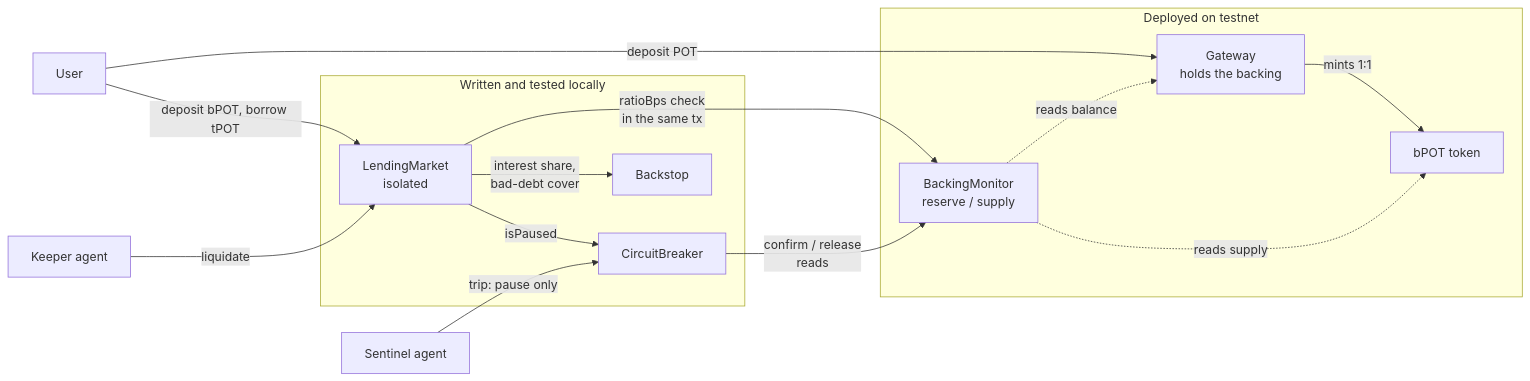
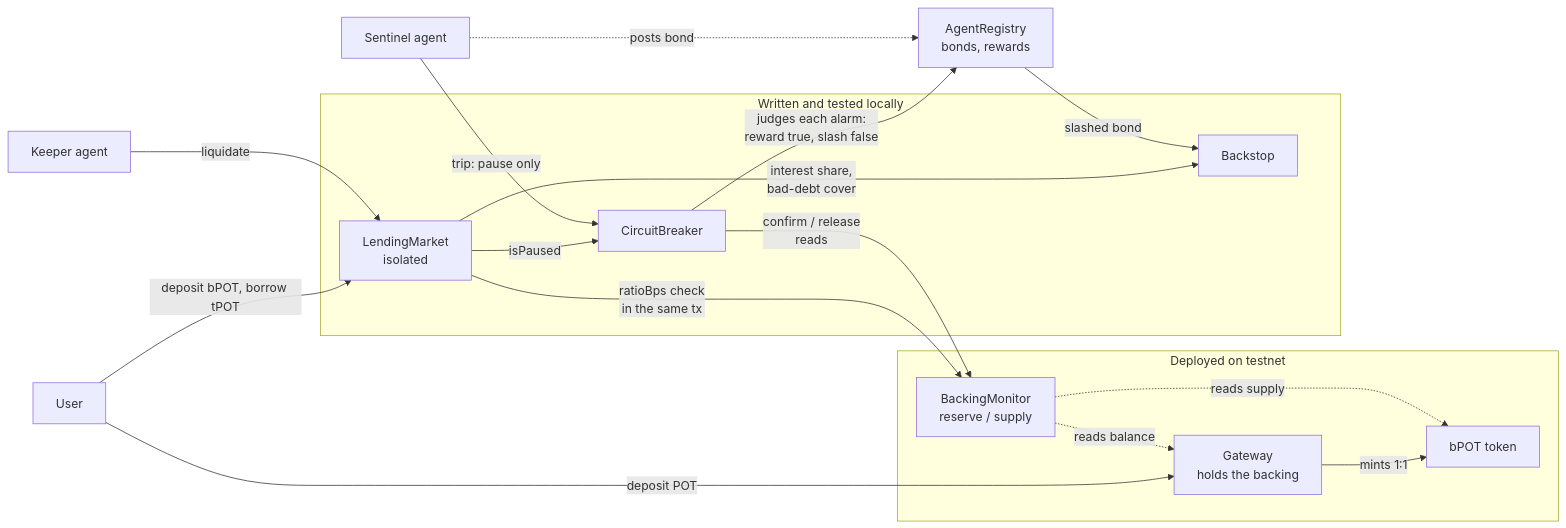
The first of 3 diagrams in README.md (Rohitamalraj/DotProof), drawn with Mermaid before and after one commit. The commit also changed other lines of this file and 2 other files, not shown here.

First line of the commit message:
docs: document the agent network, correct deploy cost estimate and test counts

````diff
--- a/README.md
+++ b/README.md
@@ -146,27 +150,30 @@
 ```mermaid
 flowchart LR
     U[User] -- deposit POT --> G[Gateway<br/>holds the backing]
     G -- mints 1:1 --> B[bPOT token]
     M[BackingMonitor<br/>reserve / supply] -. reads balance .-> G
     M -. reads supply .-> B
 
     U -- deposit bPOT, borrow tPOT --> L[LendingMarket<br/>isolated]
     L -- ratioBps check<br/>in the same tx --> M
     L -- isPaused --> CB[CircuitBreaker]
     CB -- confirm / release<br/>reads --> M
     L -- interest share,<br/>bad-debt cover --> BS[Backstop]
 
     S[Sentinel agent] -- trip: pause only --> CB
     K[Keeper agent] -- liquidate --> L
+    CB -- judges each alarm:<br/>reward true, slash false --> R[AgentRegistry<br/>bonds, rewards]
+    S -. posts bond .-> R
+    R -- slashed bond --> BS
 
     subgraph Deployed on testnet
       G
       B
       M
     end
     subgraph Written and tested locally
       L
       CB
       BS
     end
 ```
````
